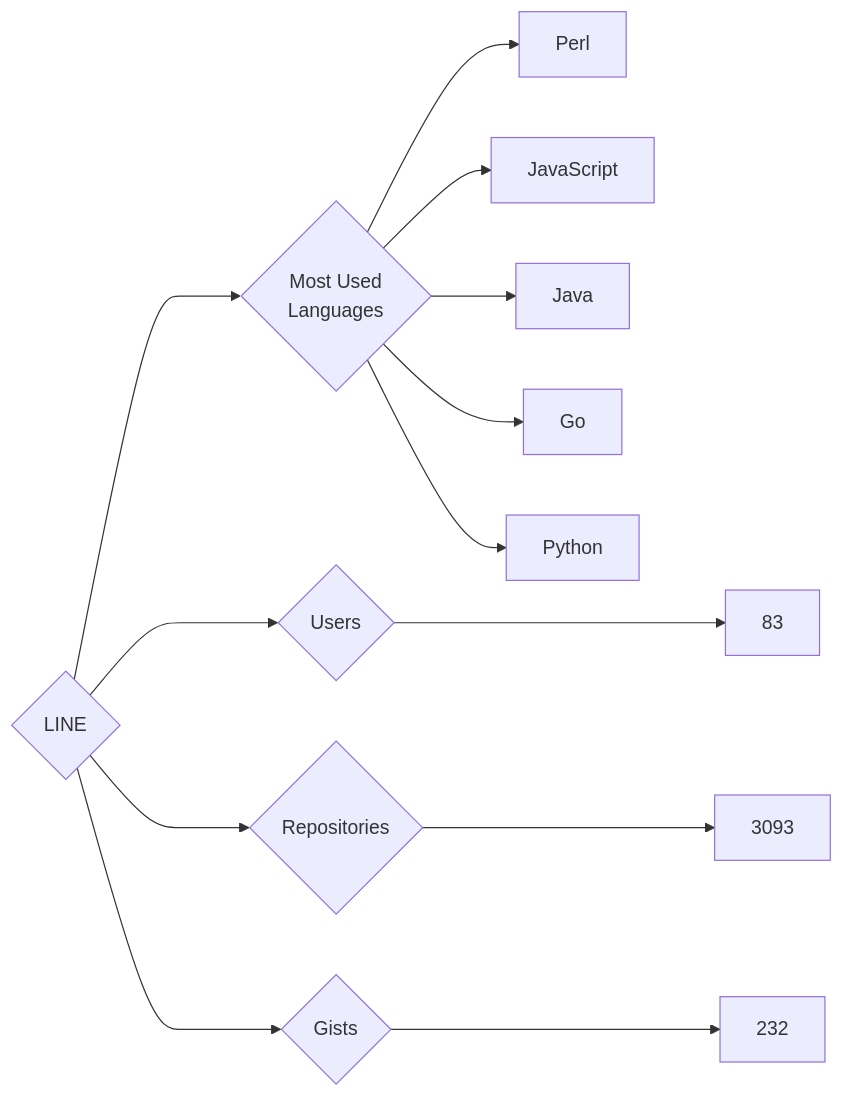
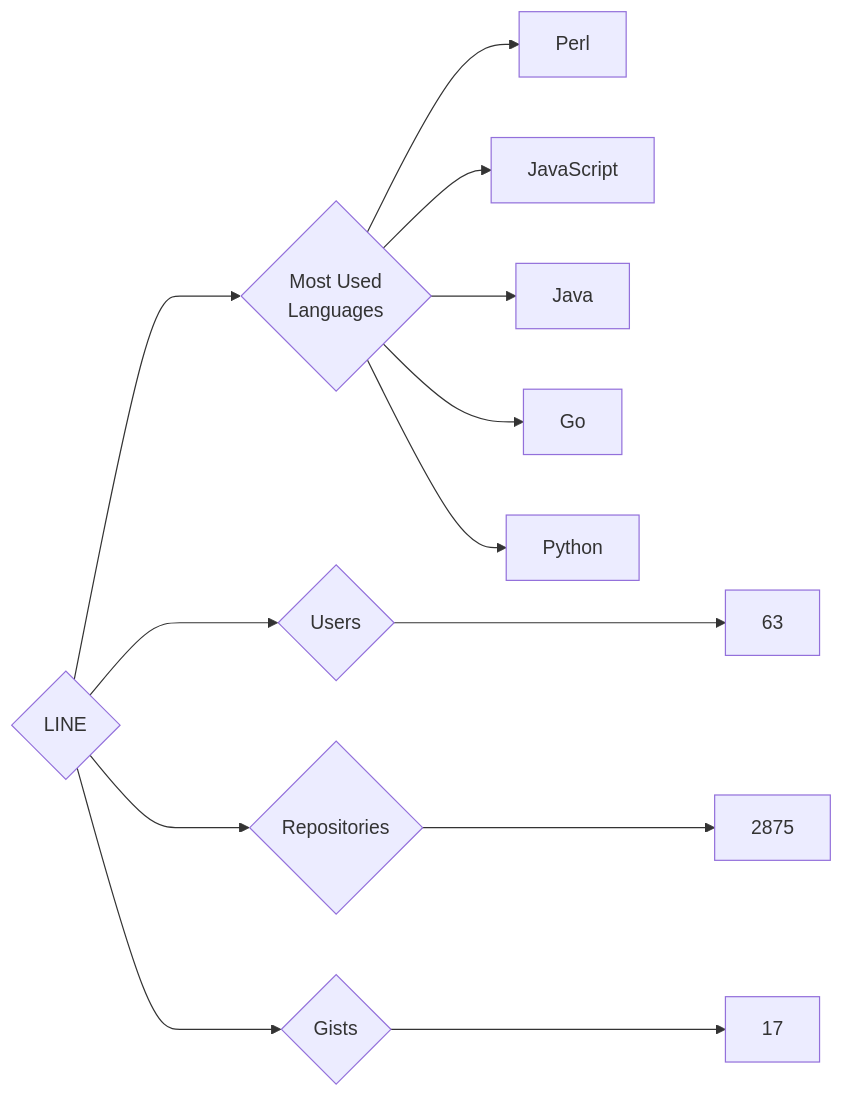
The diagram in targets/LINE/README.md (trickest/insiders), drawn with Mermaid before and after one commit. The commit also changed 782 other files, not shown here.

````diff
--- a/targets/LINE/README.md
+++ b/targets/LINE/README.md
@@ -3,13 +3,13 @@
 ```mermaid
 graph LR
 COMPANY_NAME{LINE}
-COMPANY_NAME ---> U{Users} ---> UN[83]
-COMPANY_NAME ---> R{Repositories} ---> RN[3093]
-COMPANY_NAME ---> G{Gists} ---> GN[232]
+COMPANY_NAME ---> U{Users} ---> UN[63]
+COMPANY_NAME ---> R{Repositories} ---> RN[2875]
+COMPANY_NAME ---> G{Gists} ---> GN[17]
 COMPANY_NAME ---> ML{Most Used<br>Languages}
 ML --> Perl[Perl]
 ML --> JavaScript[JavaScript]
 ML --> Java[Java]
 ML --> Go[Go]
 ML --> Python[Python]
 ```
````
